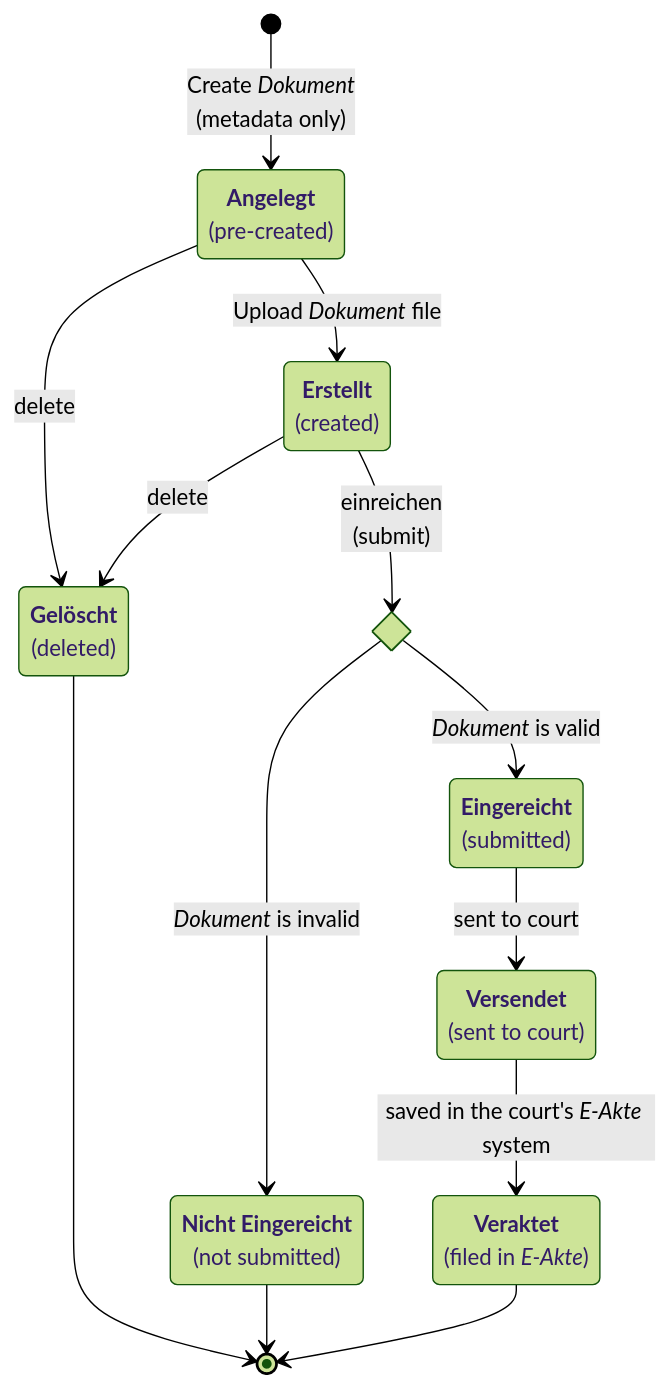
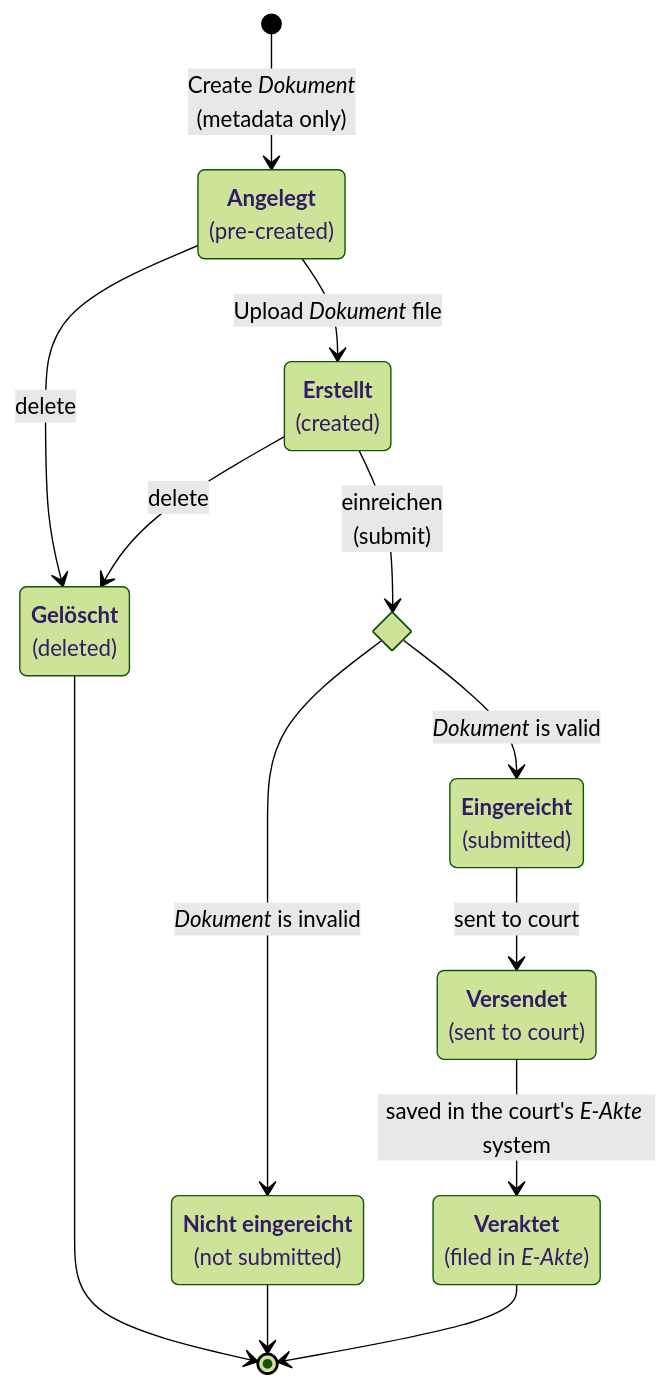
The fourth of 4 diagrams in doc/topics/domain-model.md (digitalservicebund/a2j-kommunikationsplattform), drawn with Mermaid (forest theme) before and after one commit. The commit also changed other lines of this file and 1 other file, not shown here.

````diff
--- a/doc/topics/domain-model.md
+++ b/doc/topics/domain-model.md
@@ -195,29 +198,29 @@
 ```mermaid
 stateDiagram-v2
     angelegt: <b>Angelegt</b><br/>(pre-created)
     erstellt: <b>Erstellt</b><br/>(created)
     gelöscht: <b>Gelöscht</b><br/>(deleted)
     eingereicht: <b>Eingereicht</b><br/>(submitted)
-    nicht_eingereicht: <b>Nicht Eingereicht</b><br/>(not submitted)
+    nicht_eingereicht: <b>Nicht eingereicht</b><br/>(not submitted)
     versendet: <b>Versendet</b><br/>(sent to court)
     veraktet: <b>Veraktet</b><br/>(filed in <i>E-Akte</i>)
     state is_valid <<choice>>
 
     [*] --> angelegt: Create <i>Dokument</i><br/>(metadata only)
     angelegt --> erstellt: Upload <i>Dokument</i> file
 
     angelegt --> gelöscht: delete
     erstellt --> gelöscht: delete
     gelöscht --> [*]
 
     erstellt --> is_valid: einreichen<br/>(submit)
 
     is_valid --> nicht_eingereicht: <i>Dokument</i> is invalid
     is_valid --> eingereicht: <i>Dokument</i> is valid
 
     nicht_eingereicht --> [*]
 
     eingereicht --> versendet: sent to court
     versendet --> veraktet: saved in the court's <i>E-Akte</i> system
     veraktet --> [*]
 ```
````
